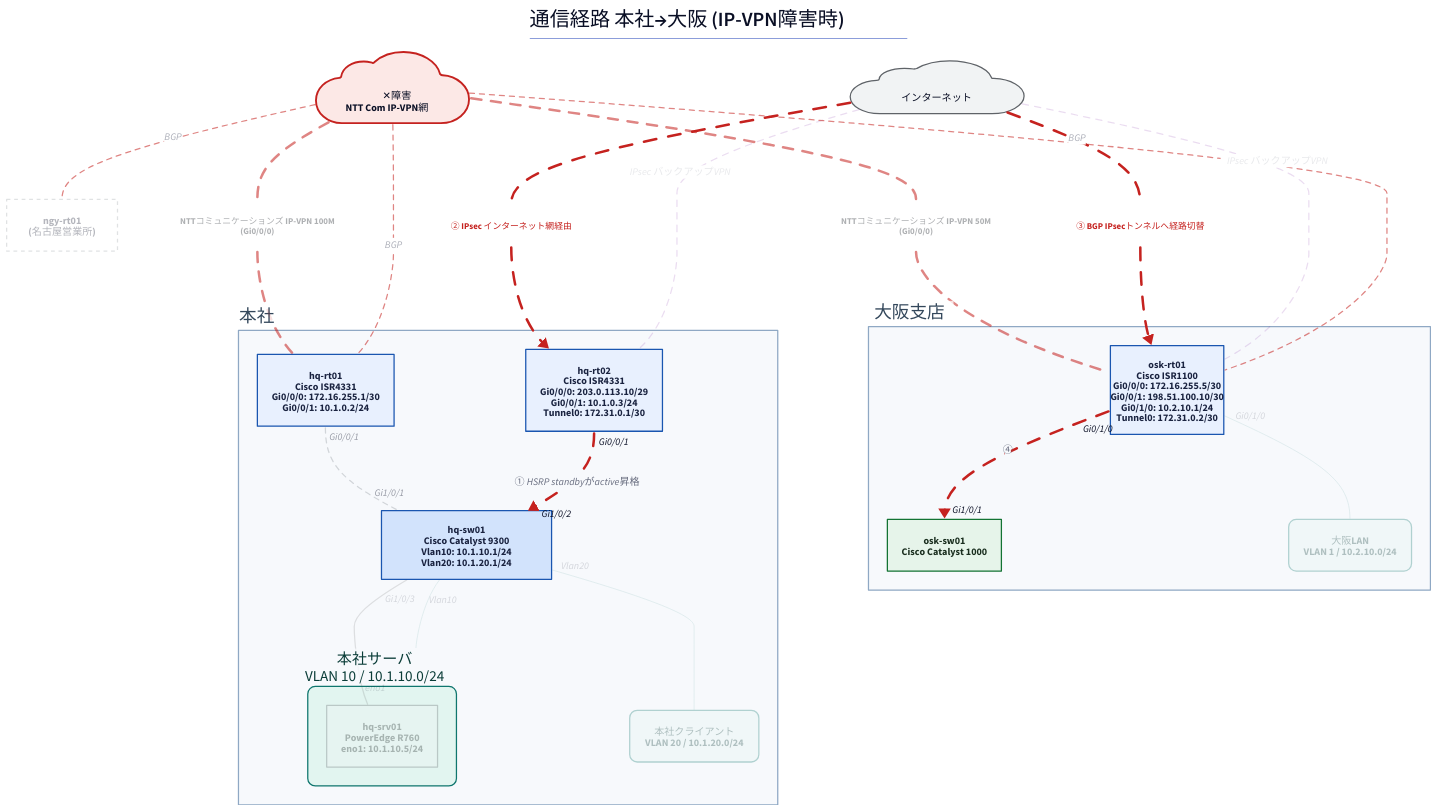
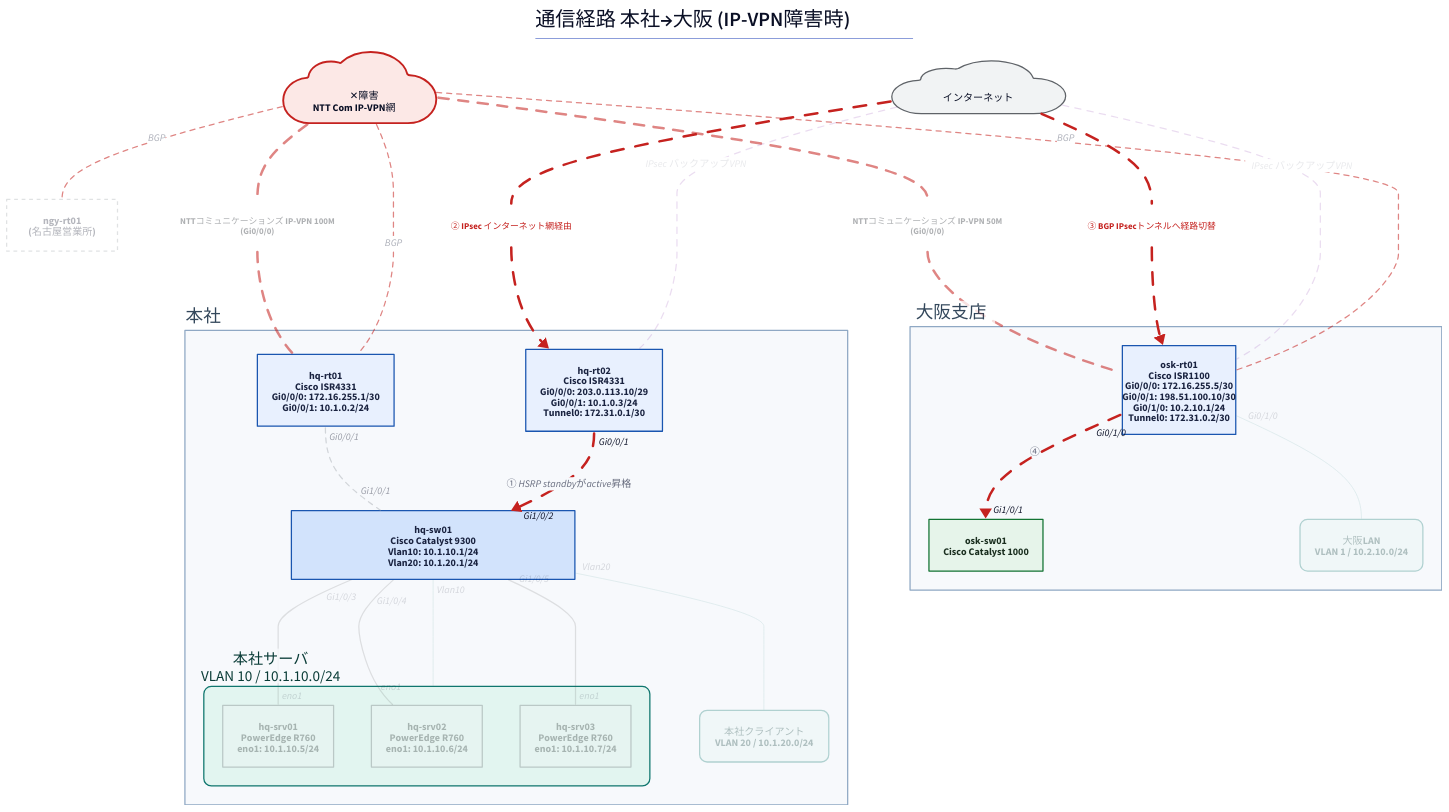
One commit to thinas1115/nwdsl changed the diagram in examples/sample-corp/generated/path-ipvpn-fail.d2. Above: the diagram before and after it, drawn with D2. The commit also changed 25 other files, not shown here.

```diff
--- a/examples/sample-corp/generated/path-ipvpn-fail.d2
+++ b/examples/sample-corp/generated/path-ipvpn-fail.d2
@@ -1,74 +1,78 @@
 title: |md
   # 通信経路 本社→大阪 (IP-VPN障害時)
 | {near: top-center}
 direction: down
 
 classes: {
   role-router: {style.fill: "#e8f0fe"; style.stroke: "#1a56b0"; style.font-color: "#1a2340"}
   role-l3switch: {style.fill: "#d2e3fc"; style.stroke: "#1a56b0"; style.font-color: "#1a2340"}
   role-l2switch: {style.fill: "#e6f4ea"; style.stroke: "#137333"; style.font-color: "#1a2e1f"}
   role-firewall: {style.fill: "#fce8e6"; style.stroke: "#c5221f"; style.font-color: "#3c1a19"}
   role-other: {style.fill: "#f1f3f4"; style.stroke: "#5f6368"; style.font-color: "#202124"}
   node-cloud: {shape: cloud; style.fill: "#f1f3f4"; style.stroke: "#5f6368"}
   node-site: {style.fill: "#fff8e1"; style.stroke: "#b58105"; style.font-color: "#4a3a08"}
   node-segment: {style.fill: "#e2f5f0"; style.stroke: "#0f766e"; style.font-color: "#0b3d38"; style.border-radius: 12}
   node-external: {style.fill: "#ffffff"; style.stroke: "#9aa0a6"; style.stroke-dash: 3}
   group-site: {style.fill: "#f7f9fc"; style.stroke: "#8fa8c4"; style.font-color: "#33475b"}
   edge-label: {style.fill: "transparent"; style.stroke: "transparent"; style.font-size: 14; style.font-color: "#5f6368"; style.italic: true}
   edge-lan-cable: {style.stroke: "#4a4a4a"; style.stroke-width: 2}
   edge-wan-circuit: {style.stroke: "#1a73e8"; style.stroke-width: 4}
   edge-tunnel: {style.stroke: "#7b1fa2"; style.stroke-width: 2; style.stroke-dash: 5}
   edge-logical: {style.stroke: "#188038"; style.stroke-width: 2; style.stroke-dash: 3}
   edge-segment: {style.stroke: "#0f766e"; style.stroke-width: 1}
 }
 
 s_hq: "本社" {
   class: group-site
   label.near: outside-top-left
   n_hq_rt01: "hq-rt01\nCisco ISR4331\nGi0/0/0: 172.16.255.1/30\nGi0/0/1: 10.1.0.2/24" {class: role-router}
-  n_hq_sw01: "hq-sw01\nCisco Catalyst 9300\nVlan10: 10.1.10.1/24\nVlan20: 10.1.20.1/24" {class: role-l3switch; width: 270}
+  n_hq_sw01: "hq-sw01\nCisco Catalyst 9300\nVlan10: 10.1.10.1/24\nVlan20: 10.1.20.1/24" {class: role-l3switch; width: 450}
   n_hq_rt02: "hq-rt02\nCisco ISR4331\nGi0/0/0: 203.0.113.10/29\nGi0/0/1: 10.1.0.3/24\nTunnel0: 172.31.0.1/30" {class: role-router}
   n_seg__hq_server: "本社サーバ\nVLAN 10 / 10.1.10.0/24" {
     class: node-segment
     label.near: outside-top-left
     n_hq_srv01: "hq-srv01\nPowerEdge R760\neno1: 10.1.10.5/24" {class: role-other; style.opacity: 0.3}
+    n_hq_srv02: "hq-srv02\nPowerEdge R760\neno1: 10.1.10.6/24" {class: role-other; style.opacity: 0.3}
+    n_hq_srv03: "hq-srv03\nPowerEdge R760\neno1: 10.1.10.7/24" {class: role-other; style.opacity: 0.3}
   }
   n_seg__hq_client: "本社クライアント\nVLAN 20 / 10.1.20.0/24" {class: node-segment; style.opacity: 0.3}
 }
 
 s_osk: "大阪支店" {
   class: group-site
   label.near: outside-top-left
   n_osk_rt01: "osk-rt01\nCisco ISR1100\nGi0/0/0: 172.16.255.5/30\nGi0/0/1: 198.51.100.10/30\nGi0/1/0: 10.2.10.1/24\nTunnel0: 172.31.0.2/30" {class: role-router; width: 180}
   n_osk_sw01: "osk-sw01\nCisco Catalyst 1000" {class: role-l2switch}
   n_seg__osk_lan: "大阪LAN\nVLAN 1 / 10.2.10.0/24" {class: node-segment; style.opacity: 0.3}
 }
 
 n_ipvpn: "　✕障害\nNTT Com IP-VPN網　" {class: node-cloud; style.stroke: "#c5221f"; style.fill: "#fce8e6"; style.stroke-width: 3}
 n_internet: "　インターネット　" {class: node-cloud}
 n_ngy_rt01: "ngy-rt01\n(名古屋営業所)" {class: node-external; style.opacity: 0.3}
 
 s_hq.n_hq_rt01 -- s_hq.n_hq_sw01 {class: edge-lan-cable; source-arrowhead.label: "Gi0/0/1"; target-arrowhead.label: "Gi1/0/1"; style.stroke: "#9aa0a6"; style.stroke-dash: 4; style.opacity: 0.4}
 s_hq.n_hq_rt02 -> s_hq.n_hq_sw01: "① HSRP standbyがactive昇格" {class: edge-lan-cable; source-arrowhead.label: "Gi0/0/1"; target-arrowhead.label: "Gi1/0/2"; style.stroke: "#c5221f"; style.stroke-width: 4; style.animated: true}
 s_osk.n_osk_rt01 -> s_osk.n_osk_sw01: "④" {class: edge-lan-cable; source-arrowhead.label: "Gi0/1/0"; target-arrowhead.label: "Gi1/0/1"; style.stroke: "#c5221f"; style.stroke-width: 4; style.animated: true}
 s_hq.n_hq_sw01 -- s_hq.n_seg__hq_server.n_hq_srv01 {class: edge-lan-cable; source-arrowhead.label: "Gi1/0/3"; target-arrowhead.label: "eno1"; style.opacity: 0.15}
-lbl_4: "NTTコミュニケーションズ IP-VPN 100M\n(Gi0/0/0)" {class: edge-label; style.opacity: 0.5}
-n_ipvpn -- lbl_4 {class: edge-wan-circuit; style.stroke: "#c5221f"; style.stroke-dash: 4; style.opacity: 0.55}
-lbl_4 -- s_hq.n_hq_rt01 {class: edge-wan-circuit; style.stroke: "#c5221f"; style.stroke-dash: 4; style.opacity: 0.55}
-lbl_5: "NTTコミュニケーションズ IP-VPN 50M\n(Gi0/0/0)" {class: edge-label; style.opacity: 0.5}
-n_ipvpn -- lbl_5 {class: edge-wan-circuit; style.stroke: "#c5221f"; style.stroke-dash: 4; style.opacity: 0.55}
-lbl_5 -- s_osk.n_osk_rt01 {class: edge-wan-circuit; style.stroke: "#c5221f"; style.stroke-dash: 4; style.opacity: 0.55}
-lbl_6: "② IPsec インターネット網経由" {class: edge-label; style.font-color: "#c5221f"; style.bold: true}
-n_internet -- lbl_6 {class: edge-wan-circuit; style.stroke: "#c5221f"; style.stroke-width: 4; style.animated: true}
-lbl_6 -> s_hq.n_hq_rt02 {class: edge-wan-circuit; style.stroke: "#c5221f"; style.stroke-width: 4; style.animated: true}
-lbl_7: "③ BGP IPsecトンネルへ経路切替" {class: edge-label; style.font-color: "#c5221f"; style.bold: true}
-n_internet -- lbl_7 {class: edge-wan-circuit; style.stroke: "#c5221f"; style.stroke-width: 4; style.animated: true}
-lbl_7 -> s_osk.n_osk_rt01 {class: edge-wan-circuit; style.stroke: "#c5221f"; style.stroke-width: 4; style.animated: true}
+s_hq.n_hq_sw01 -- s_hq.n_seg__hq_server.n_hq_srv02 {class: edge-lan-cable; source-arrowhead.label: "Gi1/0/4"; target-arrowhead.label: "eno1"; style.opacity: 0.15}
+s_hq.n_hq_sw01 -- s_hq.n_seg__hq_server.n_hq_srv03 {class: edge-lan-cable; source-arrowhead.label: "Gi1/0/5"; target-arrowhead.label: "eno1"; style.opacity: 0.15}
+lbl_6: "NTTコミュニケーションズ IP-VPN 100M\n(Gi0/0/0)" {class: edge-label; style.opacity: 0.5}
+n_ipvpn -- lbl_6 {class: edge-wan-circuit; style.stroke: "#c5221f"; style.stroke-dash: 4; style.opacity: 0.55}
+lbl_6 -- s_hq.n_hq_rt01 {class: edge-wan-circuit; style.stroke: "#c5221f"; style.stroke-dash: 4; style.opacity: 0.55}
+lbl_7: "NTTコミュニケーションズ IP-VPN 50M\n(Gi0/0/0)" {class: edge-label; style.opacity: 0.5}
+n_ipvpn -- lbl_7 {class: edge-wan-circuit; style.stroke: "#c5221f"; style.stroke-dash: 4; style.opacity: 0.55}
+lbl_7 -- s_osk.n_osk_rt01 {class: edge-wan-circuit; style.stroke: "#c5221f"; style.stroke-dash: 4; style.opacity: 0.55}
+lbl_8: "② IPsec インターネット網経由" {class: edge-label; style.font-color: "#c5221f"; style.bold: true}
+n_internet -- lbl_8 {class: edge-wan-circuit; style.stroke: "#c5221f"; style.stroke-width: 4; style.animated: true}
+lbl_8 -> s_hq.n_hq_rt02 {class: edge-wan-circuit; style.stroke: "#c5221f"; style.stroke-width: 4; style.animated: true}
+lbl_9: "③ BGP IPsecトンネルへ経路切替" {class: edge-label; style.font-color: "#c5221f"; style.bold: true}
+n_internet -- lbl_9 {class: edge-wan-circuit; style.stroke: "#c5221f"; style.stroke-width: 4; style.animated: true}
+lbl_9 -> s_osk.n_osk_rt01 {class: edge-wan-circuit; style.stroke: "#c5221f"; style.stroke-width: 4; style.animated: true}
 n_internet -- s_hq.n_hq_rt02: "IPsec バックアップVPN" {class: edge-tunnel; style.opacity: 0.15}
 n_internet -- s_osk.n_osk_rt01: "IPsec バックアップVPN" {class: edge-tunnel; style.opacity: 0.15}
 n_ipvpn -- s_hq.n_hq_rt01: "BGP" {class: edge-logical; style.stroke: "#c5221f"; style.stroke-dash: 4; style.opacity: 0.55}
 n_ipvpn -- s_osk.n_osk_rt01: "BGP" {class: edge-logical; style.stroke: "#c5221f"; style.stroke-dash: 4; style.opacity: 0.55}
 n_ipvpn -- n_ngy_rt01: "BGP" {class: edge-logical; style.stroke: "#c5221f"; style.stroke-dash: 4; style.opacity: 0.55}
 s_hq.n_hq_sw01 -- s_hq.n_seg__hq_server {class: edge-segment; source-arrowhead.label: "Vlan10"; style.opacity: 0.15}
 s_hq.n_hq_sw01 -- s_hq.n_seg__hq_client {class: edge-segment; source-arrowhead.label: "Vlan20"; style.opacity: 0.15}
 s_osk.n_osk_rt01 -- s_osk.n_seg__osk_lan {class: edge-segment; source-arrowhead.label: "Gi0/1/0"; style.opacity: 0.15}
```
